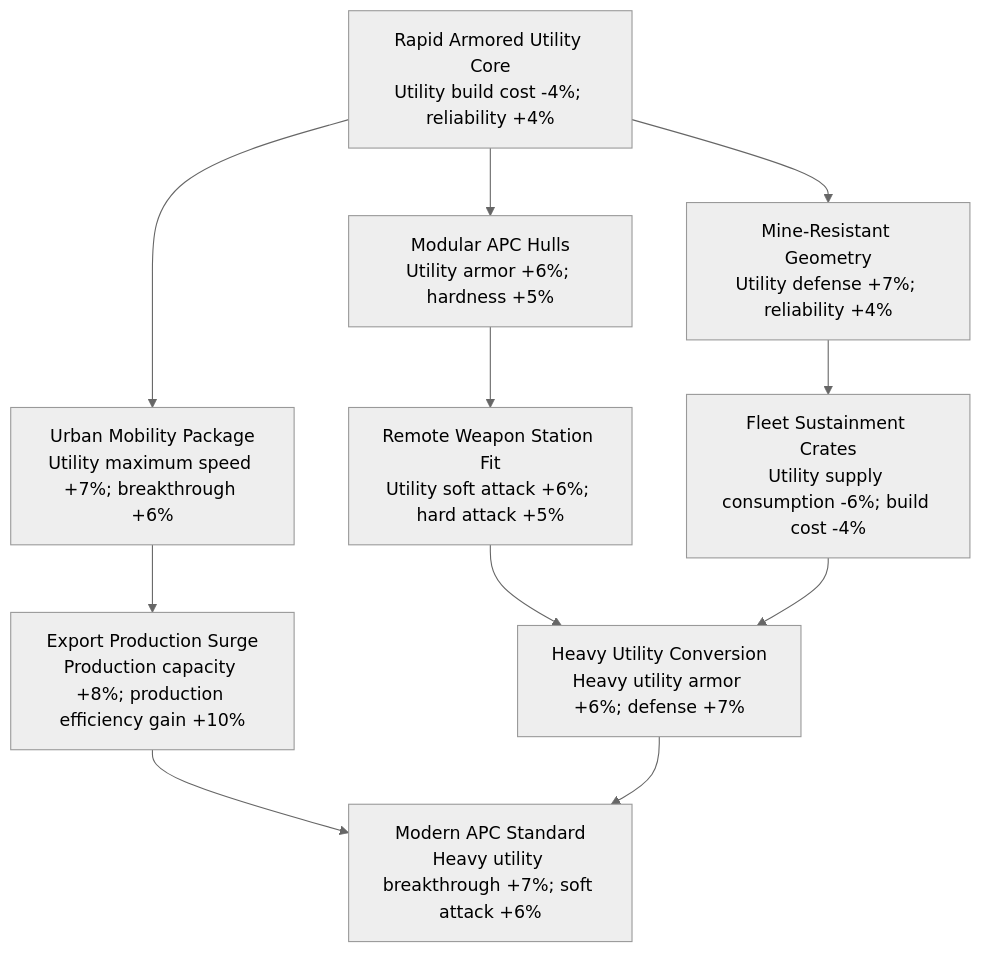
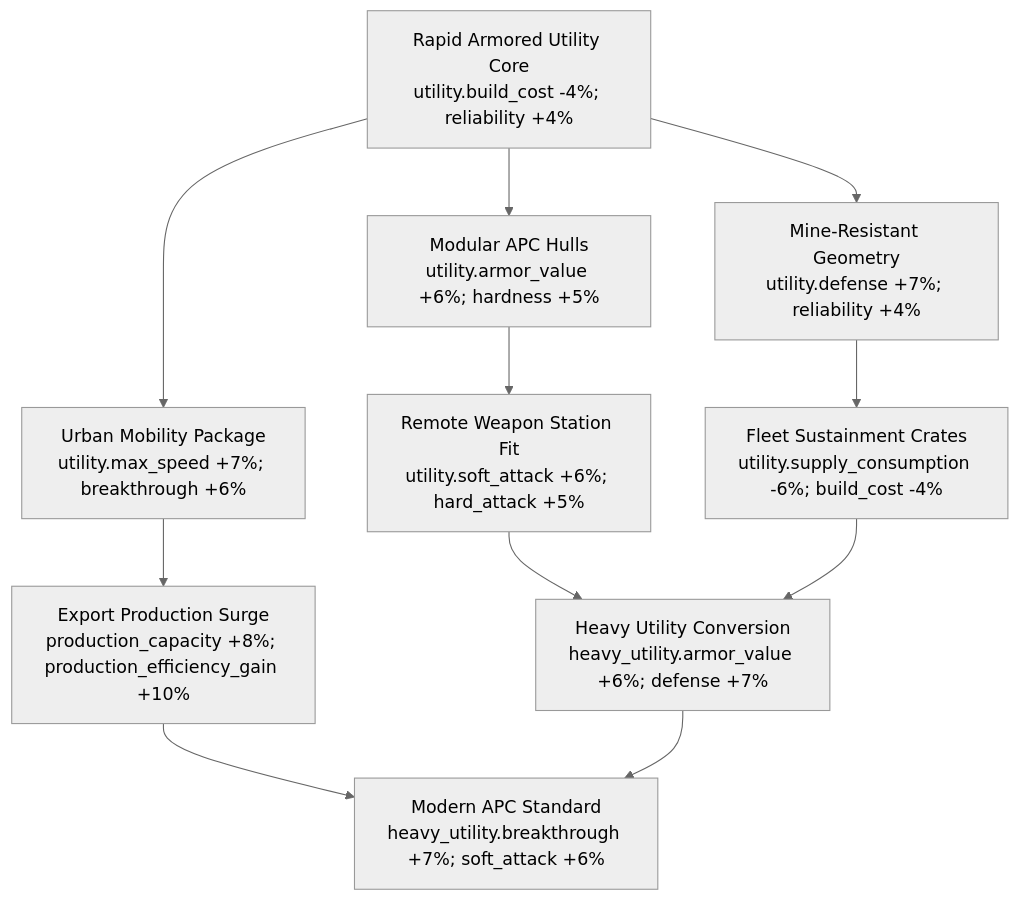
The ninth of 9 diagrams in docs/countries/canada/mio.md (MillenniumDawn/Millennium-Dawn), drawn with Mermaid (neutral theme) before and after one commit. The commit also changed other lines of this file, not shown here.

````diff
--- a/docs/countries/canada/mio.md
+++ b/docs/countries/canada/mio.md
@@ -355,23 +353,23 @@
 ```mermaid
 flowchart TD
-    R0["Rapid Armored Utility Core<br/>Utility build cost -4%; reliability +4%"]
-    R1["Modular APC Hulls<br/>Utility armor +6%; hardness +5%"]
-    R2["Mine-Resistant Geometry<br/>Utility defense +7%; reliability +4%"]
-    R3["Urban Mobility Package<br/>Utility maximum speed +7%; breakthrough +6%"]
-    R4["Remote Weapon Station Fit<br/>Utility soft attack +6%; hard attack +5%"]
-    R5["Fleet Sustainment Crates<br/>Utility supply consumption -6%; build cost -4%"]
-    R6["Export Production Surge<br/>Production capacity +8%; production efficiency gain +10%"]
-    R7["Heavy Utility Conversion<br/>Heavy utility armor +6%; defense +7%"]
-    R8["Modern APC Standard<br/>Heavy utility breakthrough +7%; soft attack +6%"]
+    R0["Rapid Armored Utility Core<br/>utility.build_cost -4%; reliability +4%"]
+    R1["Modular APC Hulls<br/>utility.armor_value +6%; hardness +5%"]
+    R2["Mine-Resistant Geometry<br/>utility.defense +7%; reliability +4%"]
+    R3["Urban Mobility Package<br/>utility.max_speed +7%; breakthrough +6%"]
+    R4["Remote Weapon Station Fit<br/>utility.soft_attack +6%; hard_attack +5%"]
+    R5["Fleet Sustainment Crates<br/>utility.supply_consumption -6%; build_cost -4%"]
+    R6["Export Production Surge<br/>production_capacity +8%; production_efficiency_gain +10%"]
+    R7["Heavy Utility Conversion<br/>heavy_utility.armor_value +6%; defense +7%"]
+    R8["Modern APC Standard<br/>heavy_utility.breakthrough +7%; soft_attack +6%"]
 
     R0 --> R1
     R0 --> R2
     R0 --> R3
     R1 --> R4
     R2 --> R5
     R3 --> R6
     R4 --> R7
     R5 --> R7
     R6 --> R8
     R7 --> R8
 ```
````
